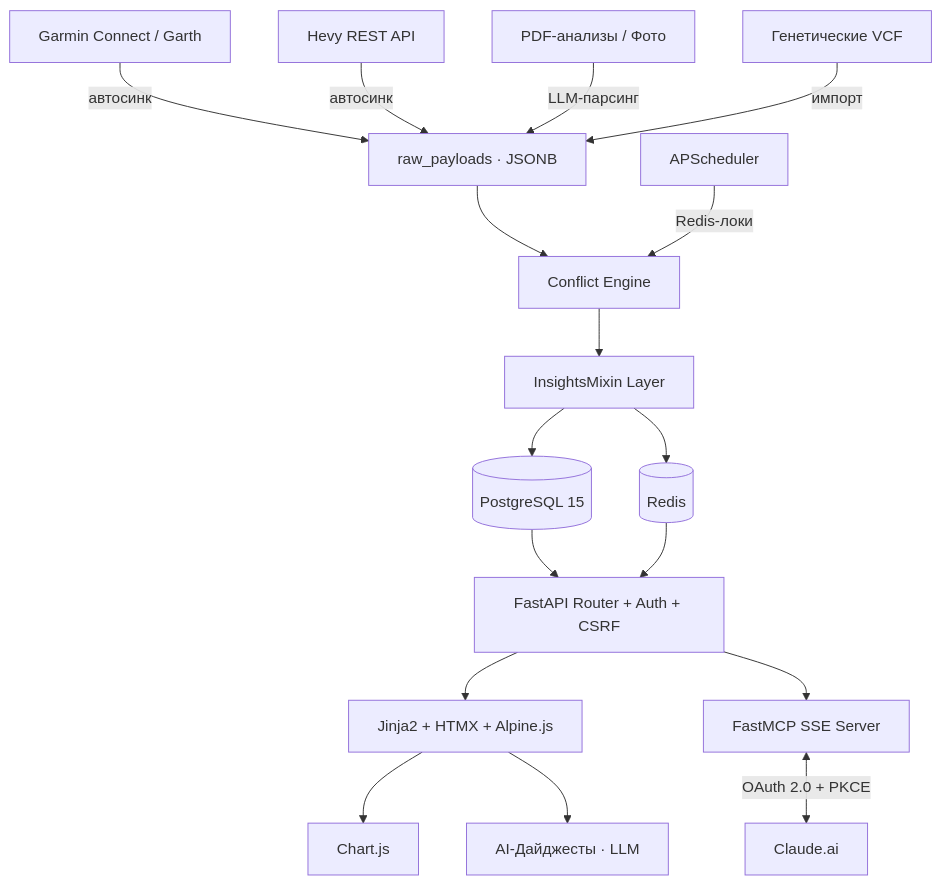
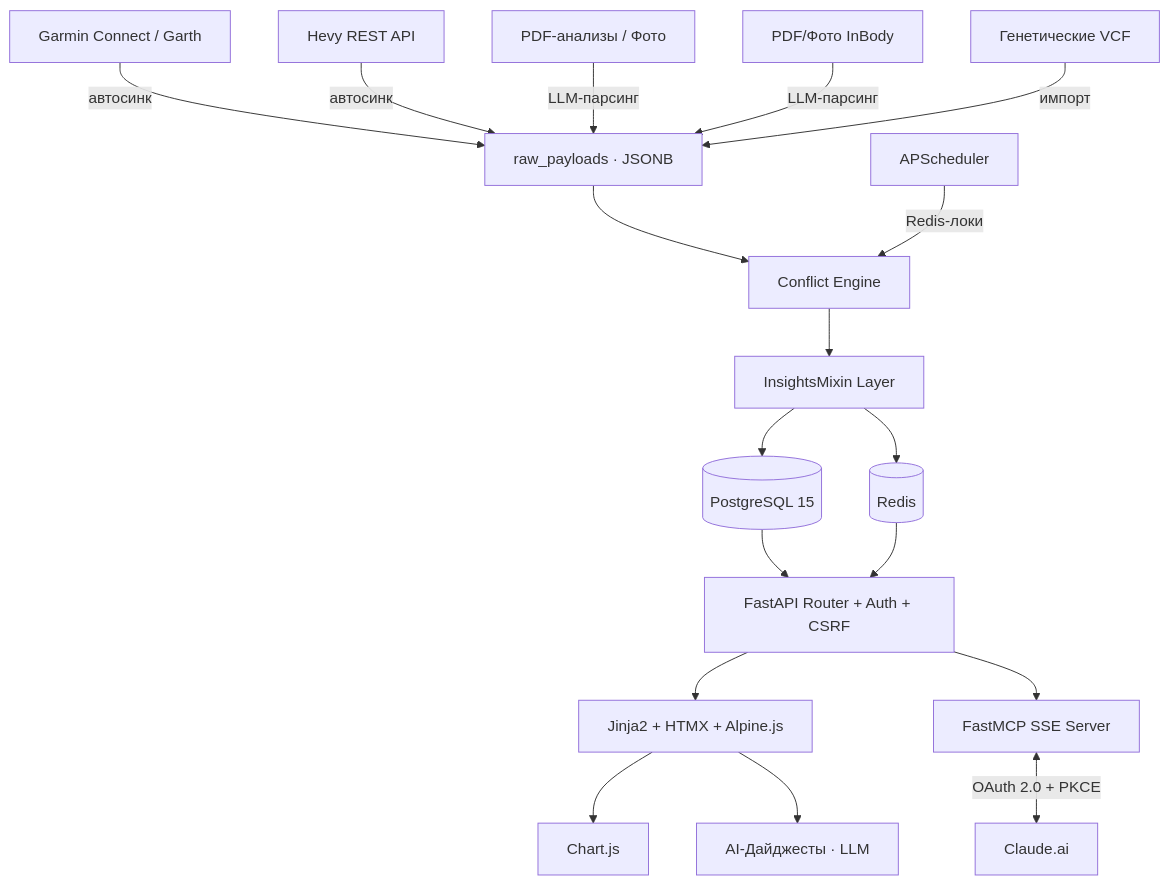
The first of 2 diagrams in README.md (ilodezis/vitals), drawn with Mermaid before and after one commit. The commit also changed other lines of this file, not shown here.

````diff
--- a/README.md
+++ b/README.md
@@ -285,23 +290,24 @@
 ```mermaid
 graph TD
     Garmin[Garmin Connect / Garth] -->|автосинк| Raw[raw_payloads · JSONB]
     Hevy[Hevy REST API] -->|автосинк| Raw
     Labs[PDF-анализы / Фото] -->|LLM-парсинг| Raw
+    BIA[PDF/Фото InBody] -->|LLM-парсинг| Raw
     VCF[Генетические VCF] -->|импорт| Raw
 
     Raw --> CE[Conflict Engine]
     CE --> IL[InsightsMixin Layer]
     Scheduler[APScheduler] -->|Redis-локи| CE
 
     IL --> DB[(PostgreSQL 15)]
     IL --> Cache[(Redis)]
 
     DB & Cache --> FastAPI[FastAPI Router + Auth + CSRF]
 
     FastAPI --> UI[Jinja2 + HTMX + Alpine.js]
     FastAPI --> MCP[FastMCP SSE Server]
 
     UI --> Charts[Chart.js]
     UI --> AI[AI-Дайджесты · LLM]
     MCP <-->|OAuth 2.0 + PKCE| Claude[Claude.ai]
 ```
````
